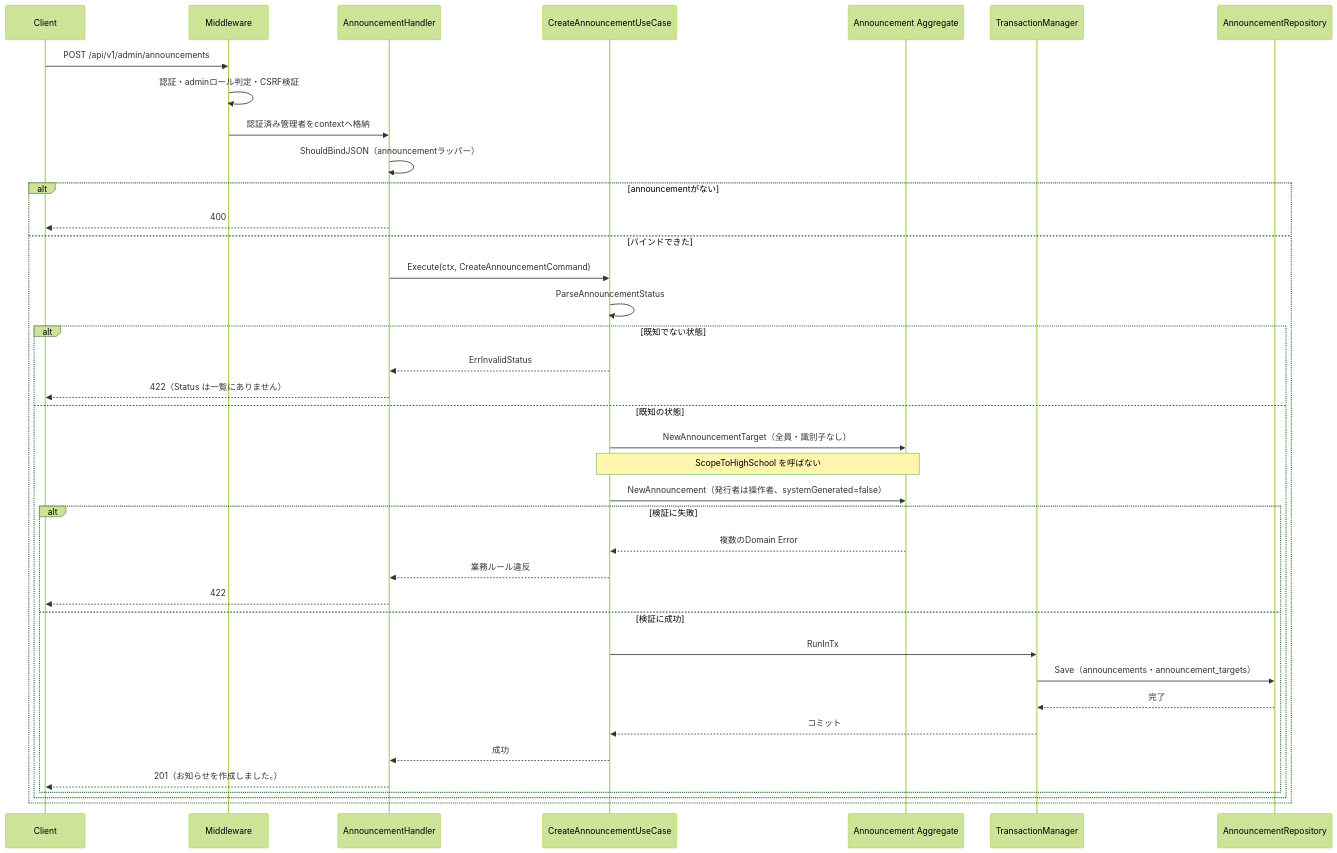
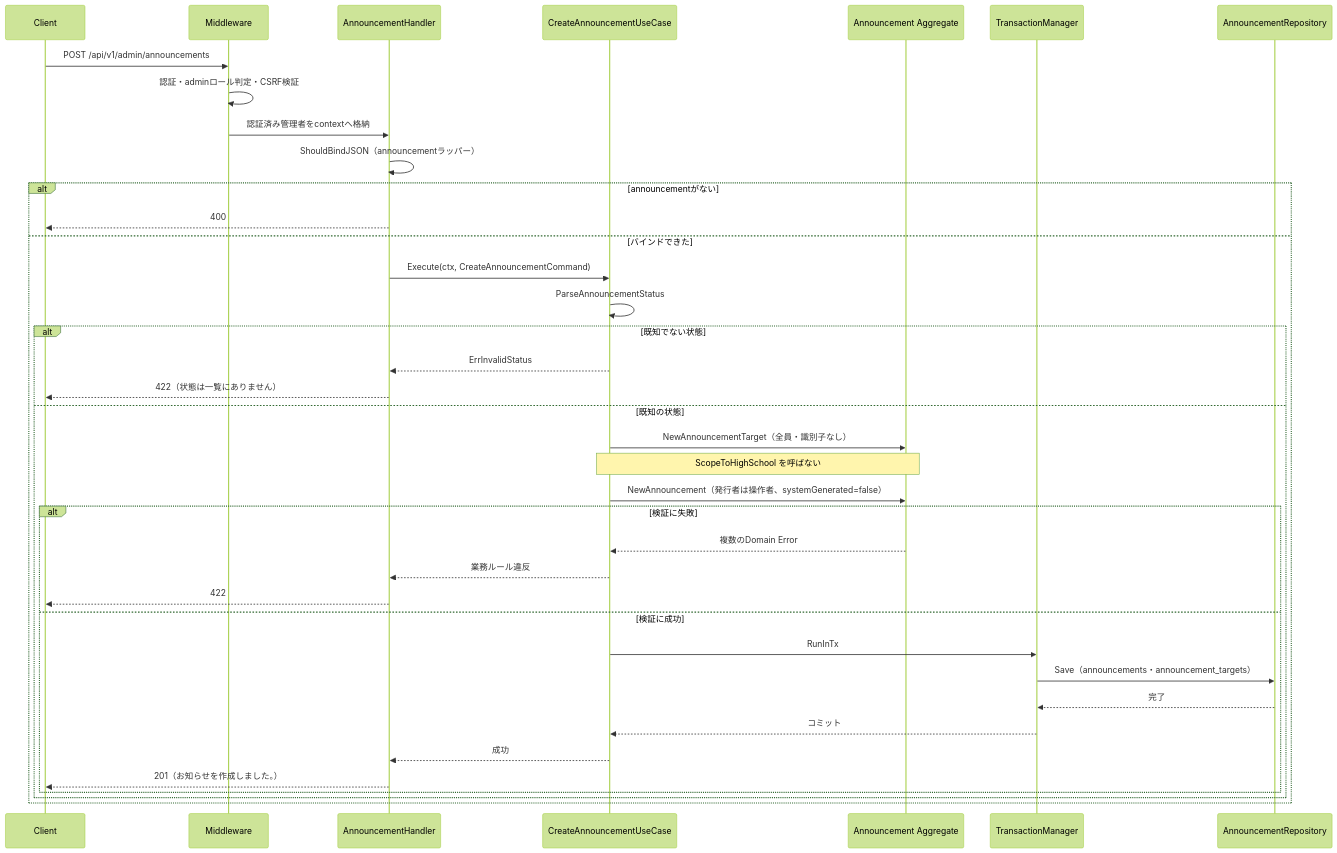
Before and after one commit to yuta20253/edu-platform-go-design: the third of 8 diagrams in 計画書/Go実装仕様書/管理者お知らせ管理機能_Go実装仕様書.md, drawn with Mermaid (forest theme). The commit also changed other lines of this file and 71 other files, not shown here.

````diff
--- a/計画書/Go実装仕様書/管理者お知らせ管理機能_Go実装仕様書.md
+++ b/計画書/Go実装仕様書/管理者お知らせ管理機能_Go実装仕様書.md
@@ -553,41 +553,41 @@
 ```mermaid
 sequenceDiagram
     participant C as Client
     participant M as Middleware
     participant H as AnnouncementHandler
     participant U as CreateAnnouncementUseCase
     participant A as Announcement Aggregate
     participant T as TransactionManager
     participant R as AnnouncementRepository
 
     C->>M: POST /api/v1/admin/announcements
     M->>M: 認証・adminロール判定・CSRF検証
     M->>H: 認証済み管理者をcontextへ格納
     H->>H: ShouldBindJSON（announcementラッパー）
     alt announcementがない
         H-->>C: 400
     else バインドできた
         H->>U: Execute(ctx, CreateAnnouncementCommand)
         U->>U: ParseAnnouncementStatus
         alt 既知でない状態
             U-->>H: ErrInvalidStatus
-            H-->>C: 422（Status は一覧にありません）
+            H-->>C: 422（状態は一覧にありません）
         else 既知の状態
             U->>A: NewAnnouncementTarget（全員・識別子なし）
             Note over U,A: ScopeToHighSchool を呼ばない
             U->>A: NewAnnouncement（発行者は操作者、systemGenerated=false）
             alt 検証に失敗
                 A-->>U: 複数のDomain Error
                 U-->>H: 業務ルール違反
                 H-->>C: 422
             else 検証に成功
                 U->>T: RunInTx
                 T->>R: Save（announcements・announcement_targets）
                 R-->>T: 完了
                 T-->>U: コミット
                 U-->>H: 成功
                 H-->>C: 201（お知らせを作成しました。）
             end
         end
     end
 ```
````
